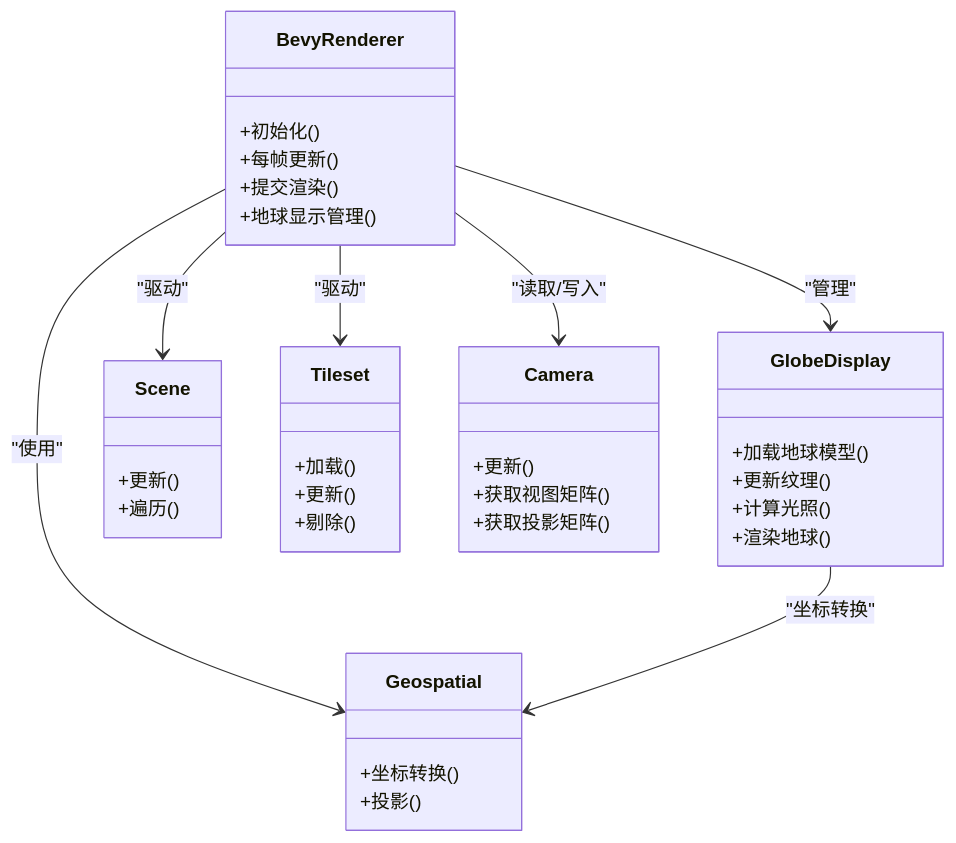
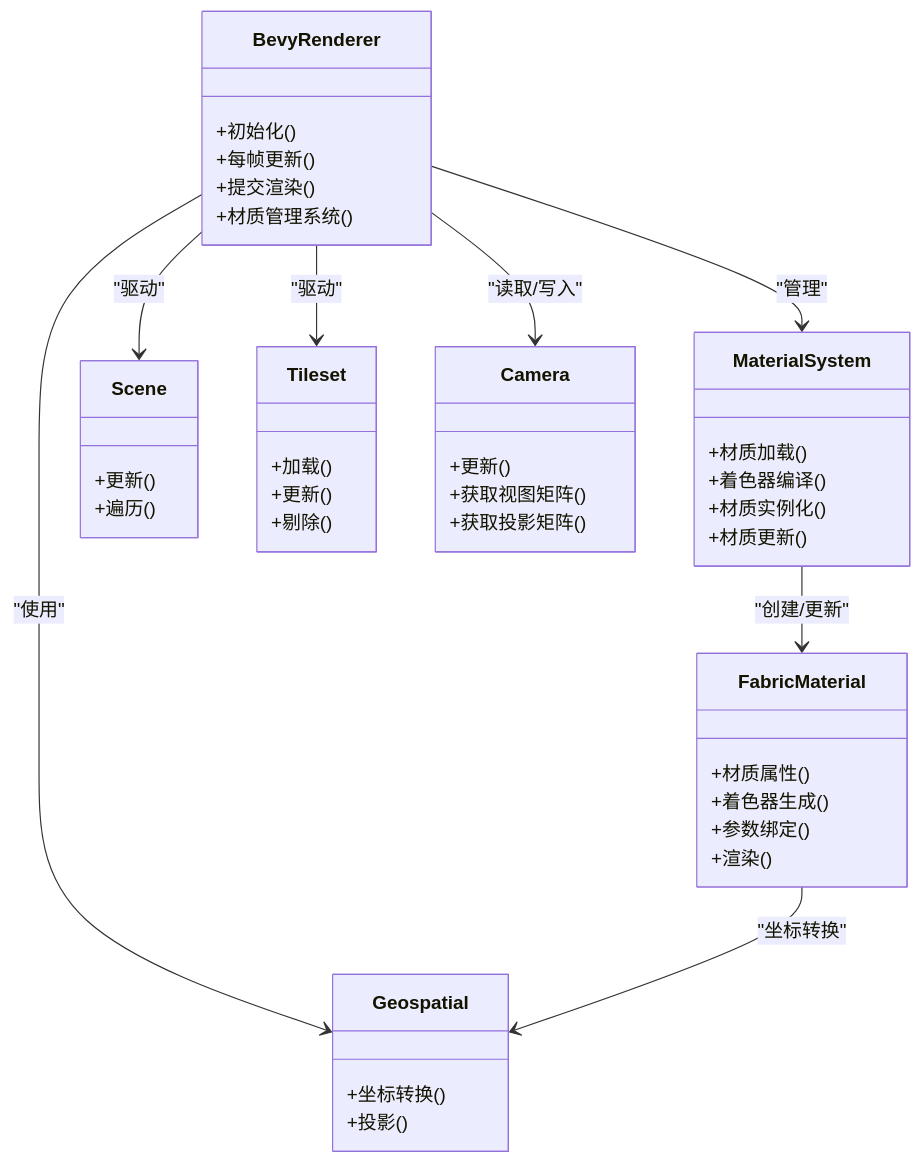
The third of 5 diagrams in .qoder/repowiki/zh/content/项目概述/核心特性/3D渲染引擎/Bevy渲染适配器.md (rzhangjing/cesium), drawn with Mermaid before and after one commit. The commit also changed other lines of this file and 30 other files, not shown here.

````diff
--- a/.qoder/repowiki/zh/content/项目概述/核心特性/3D渲染引擎/Bevy渲染适配器.md
+++ b/.qoder/repowiki/zh/content/项目概述/核心特性/3D渲染引擎/Bevy渲染适配器.md
@@ -198,39 +220,46 @@
 ```mermaid
 classDiagram
 class BevyRenderer {
 +初始化()
 +每帧更新()
 +提交渲染()
-+地球显示管理()
++材质管理系统()
 }
-class GlobeDisplay {
-+加载地球模型()
-+更新纹理()
-+计算光照()
-+渲染地球()
+class MaterialSystem {
++材质加载()
++着色器编译()
++材质实例化()
++材质更新()
+}
+class FabricMaterial {
++材质属性()
++着色器生成()
++参数绑定()
++渲染()
 }
 class Scene {
 +更新()
 +遍历()
 }
 class Tileset {
 +加载()
 +更新()
 +剔除()
 }
 class Camera {
 +更新()
 +获取视图矩阵()
 +获取投影矩阵()
 }
 class Geospatial {
 +坐标转换()
 +投影()
 }
-BevyRenderer --> GlobeDisplay : "管理"
+BevyRenderer --> MaterialSystem : "管理"
+MaterialSystem --> FabricMaterial : "创建/更新"
 BevyRenderer --> Scene : "驱动"
 BevyRenderer --> Tileset : "驱动"
 BevyRenderer --> Camera : "读取/写入"
 BevyRenderer --> Geospatial : "使用"
-GlobeDisplay --> Geospatial : "坐标转换"
+FabricMaterial --> Geospatial : "坐标转换"
 ```
````
